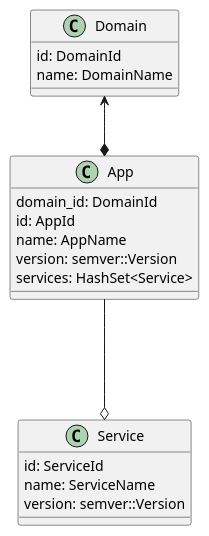
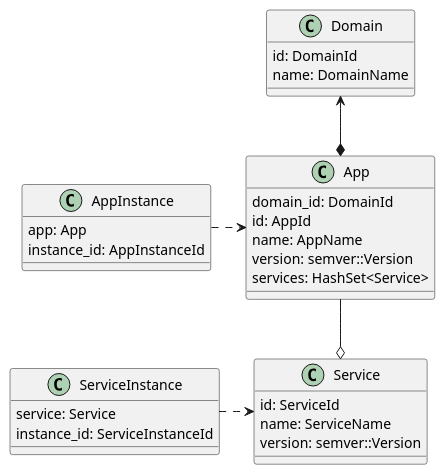
One commit to oysterpack/oysterpack-rust changed the diagram in oysterpack-platform/src/plaform.puml. Above: the diagram before and after it, drawn with PlantUML. The commit also changed 5 other files, not shown here.

```diff
--- a/oysterpack-platform/src/plaform.puml
+++ b/oysterpack-platform/src/plaform.puml
@@ -1,26 +1,38 @@
 @startuml
 
 Domain <--* App
-App ---o Service
+App --o Service
+App <.left. AppInstance
+Service <.left. ServiceInstance
 
 class Domain {
 id: DomainId
 name: DomainName
 }
 
 class App {
 domain_id: DomainId
 id: AppId
 name: AppName
 version: semver::Version
 services: HashSet<Service>
 }
 
 class Service {
 id: ServiceId
 name: ServiceName
 version: semver::Version
 }
 
+class AppInstance {
+app: App
+instance_id: AppInstanceId
+}
+
+class ServiceInstance {
+service: Service
+instance_id: ServiceInstanceId
+}
+
 
 @enduml
```
